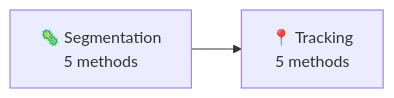
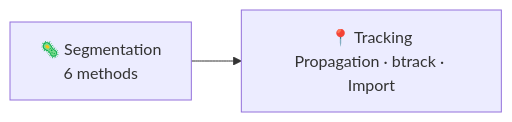
The diagram in docs/source/processing/index.md (imAIgene-Dream3D/BEHAV3D), drawn with Mermaid before and after one commit. The commit also changed other lines of this file and 22 other files, not shown here.

````diff
--- a/docs/source/processing/index.md
+++ b/docs/source/processing/index.md
@@ -5,4 +5,4 @@
 ```{mermaid}
 flowchart LR
-    Seg["🦠 Segmentation<br/>5 methods"] --> Trk["📍 Tracking<br/>5 methods"]
+    Seg["🦠 Segmentation<br/>6 methods"] --> Trk["📍 Tracking<br/>Propagation · btrack · Import"]
 ```
````
